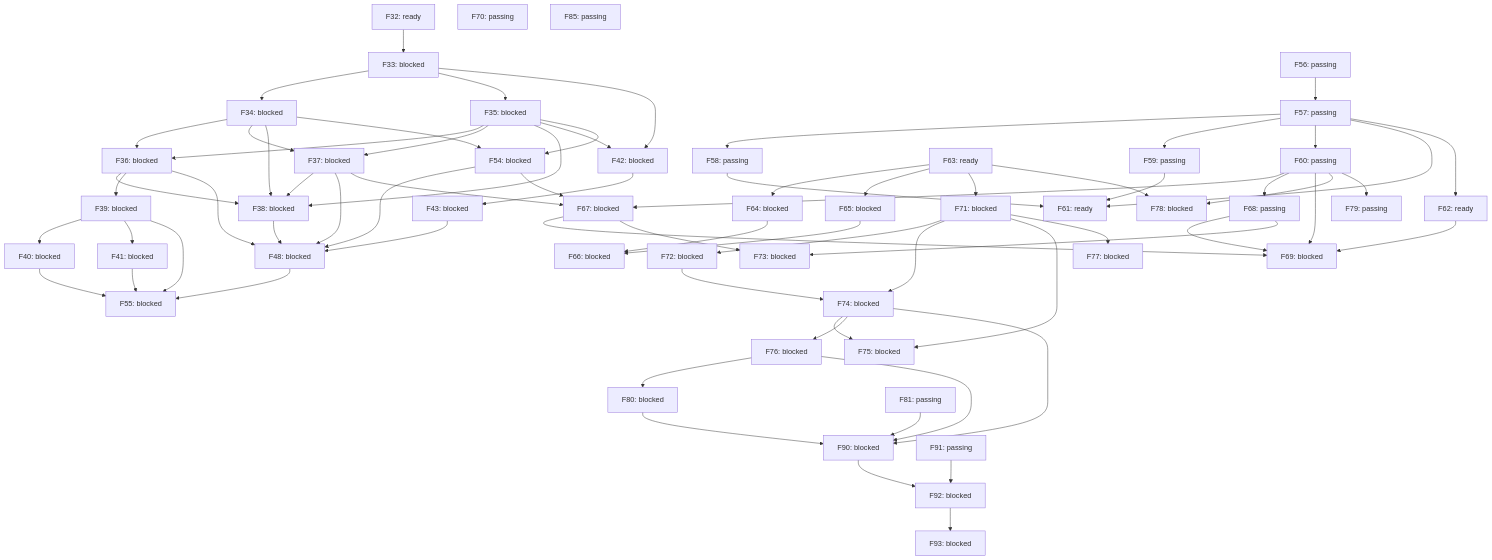
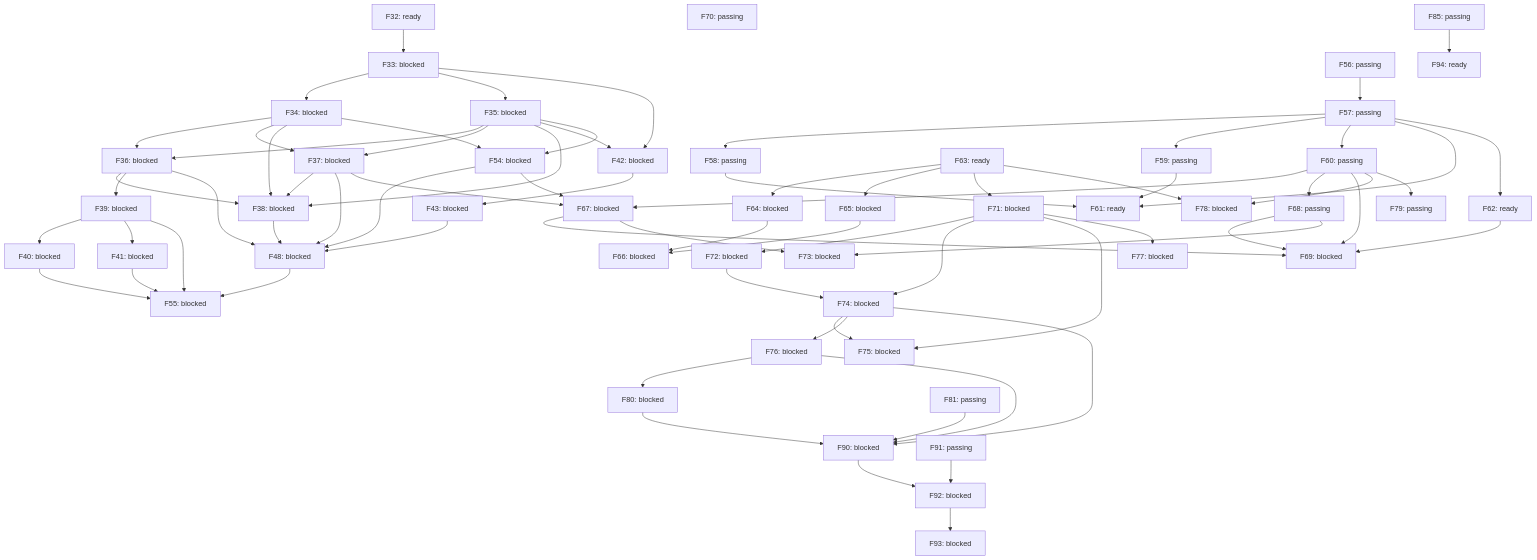
One commit to alex-nax/rengine changed the diagram in docs/roadmap-graph.md. Above: the diagram before and after it, drawn with Mermaid. The commit also changed other lines of this file and 8 other files, not shown here.

````diff
--- a/docs/roadmap-graph.md
+++ b/docs/roadmap-graph.md
@@ -121,4 +121,6 @@
   F91 --> F92
   F93["F93: blocked"]
   F92 --> F93
+  F94["F94: ready"]
+  F85 --> F94
 ```
````
